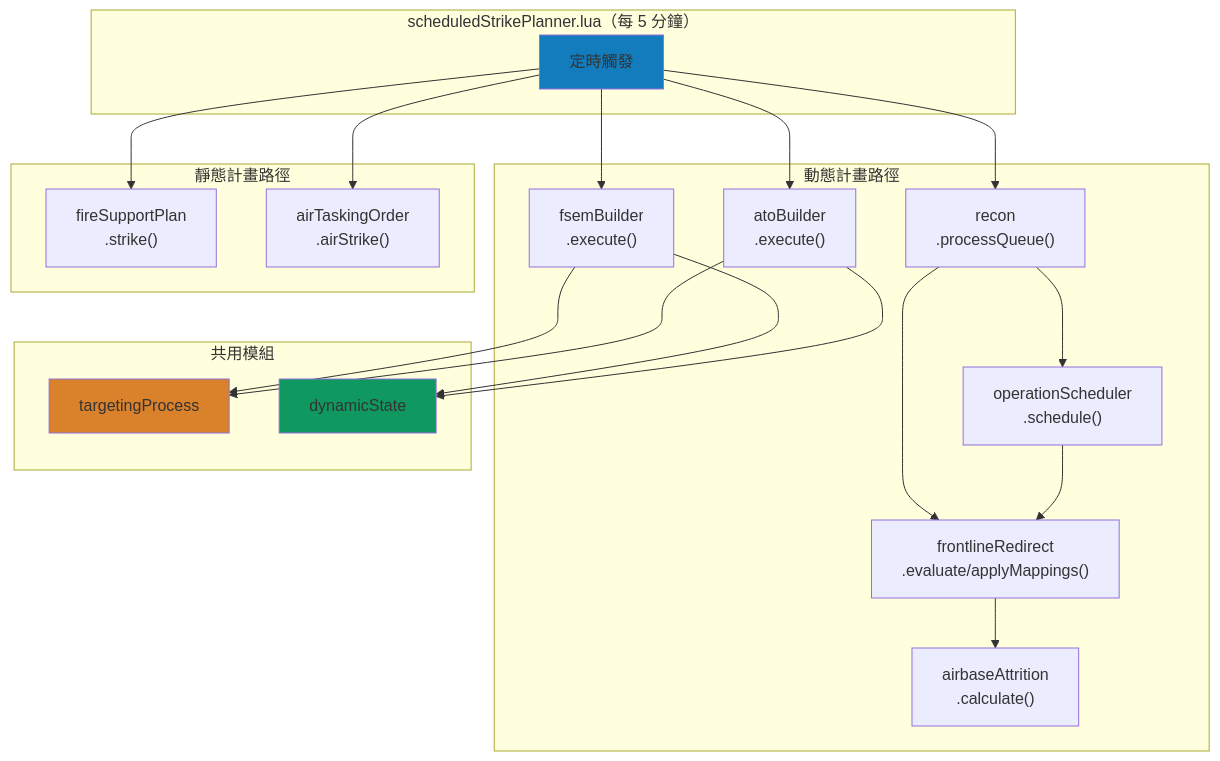
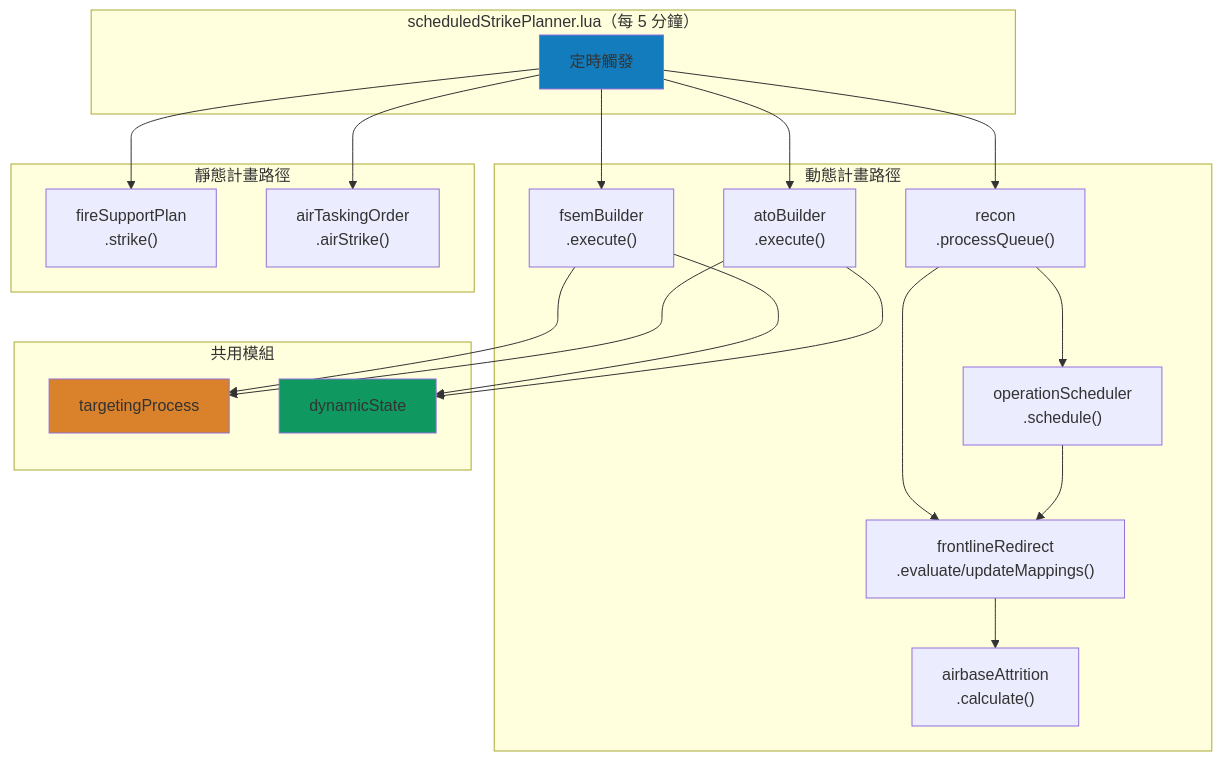
Before and after one commit to pullupjumper/formosa-in-flames: the first of 3 diagrams in docs/strikePlanner/README.md, drawn with Mermaid. The commit also changed other lines of this file and 93 other files, not shown here.

````diff
--- a/docs/strikePlanner/README.md
+++ b/docs/strikePlanner/README.md
@@ -74,44 +74,44 @@
 ```mermaid
 flowchart TB
     subgraph 觸發器["scheduledStrikePlanner.lua（每 5 分鐘）"]
         TRIGGER[定時觸發]
     end
 
     subgraph 動態路徑["動態計畫路徑"]
         DFSP["fsemBuilder<br>.execute()"]
         DATO["atoBuilder<br>.execute()"]
         RECON["recon<br>.processQueue()"]
         RSCHED["operationScheduler<br>.schedule()"]
-        FREDIR["frontlineRedirect<br>.evaluate/applyMappings()"]
+        FREDIR["frontlineRedirect<br>.evaluate/updateMappings()"]
         ATTR["airbaseAttrition<br>.calculate()"]
     end
 
     subgraph 靜態路徑["靜態計畫路徑"]
         FSP["fireSupportPlan<br>.strike()"]
         ATO["airTaskingOrder<br>.airStrike()"]
     end
 
     subgraph 共用模組
         TP["targetingProcess"]
         DSTATE["dynamicState"]
     end
 
     TRIGGER --> DFSP
     TRIGGER --> DATO
     TRIGGER --> RECON
     TRIGGER --> FSP
     TRIGGER --> ATO
 
     DFSP --> TP
     DFSP --> DSTATE
     DATO --> TP
     DATO --> DSTATE
     RECON --> RSCHED
     RECON --> FREDIR
     RSCHED --> FREDIR
     FREDIR --> ATTR
 
     style TRIGGER fill:#137cbd
     style TP fill:#d9822b
     style DSTATE fill:#0f9960
 ```
````
